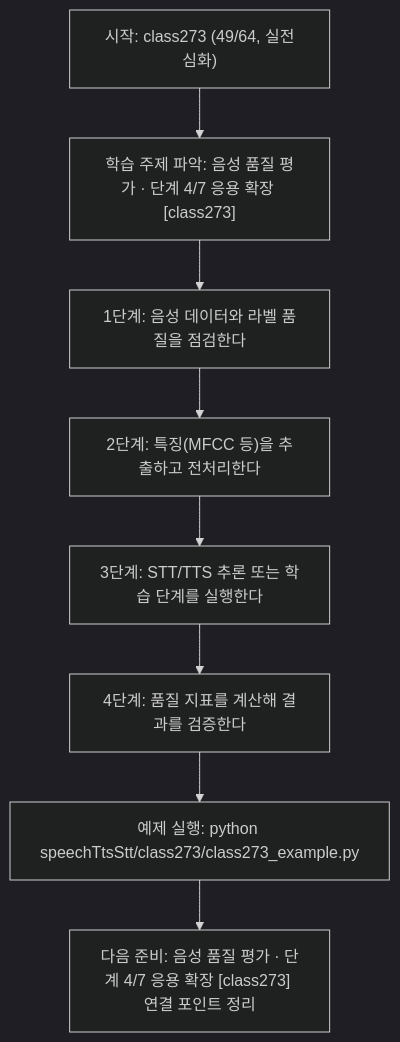
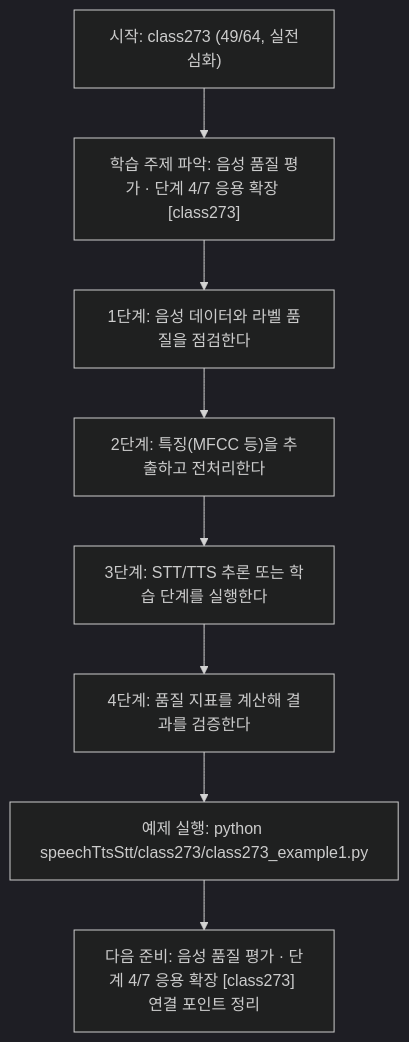
The diagram in speechTtsStt/class273/class273.md (edumgt/Python-AI_Agent-Class), drawn with Mermaid (dark theme) before and after one commit. The commit also changed other lines of this file and 2959 other files, not shown here.

````diff
--- a/speechTtsStt/class273/class273.md
+++ b/speechTtsStt/class273/class273.md
@@ -114,18 +114,18 @@
 ```mermaid
 flowchart TD
 N1["시작: class273 (49/64, 실전심화)"]
 N2["학습 주제 파악: 음성 품질 평가 · 단계 4/7 응용 확장 [class273]"]
 N3["1단계: 음성 데이터와 라벨 품질을 점검한다"]
 N4["2단계: 특징(MFCC 등)을 추출하고 전처리한다"]
 N5["3단계: STT/TTS 추론 또는 학습 단계를 실행한다"]
 N6["4단계: 품질 지표를 계산해 결과를 검증한다"]
-N7["예제 실행: python speechTtsStt/class273/class273_example.py"]
+N7["예제 실행: python speechTtsStt/class273/class273_example1.py"]
 N8["다음 준비: 음성 품질 평가 · 단계 4/7 응용 확장 [class273] 연결 포인트 정리"]
 N1 --> N2
 N2 --> N3
 N3 --> N4
 N4 --> N5
 N5 --> N6
 N6 --> N7
 N7 --> N8
 ```
````
